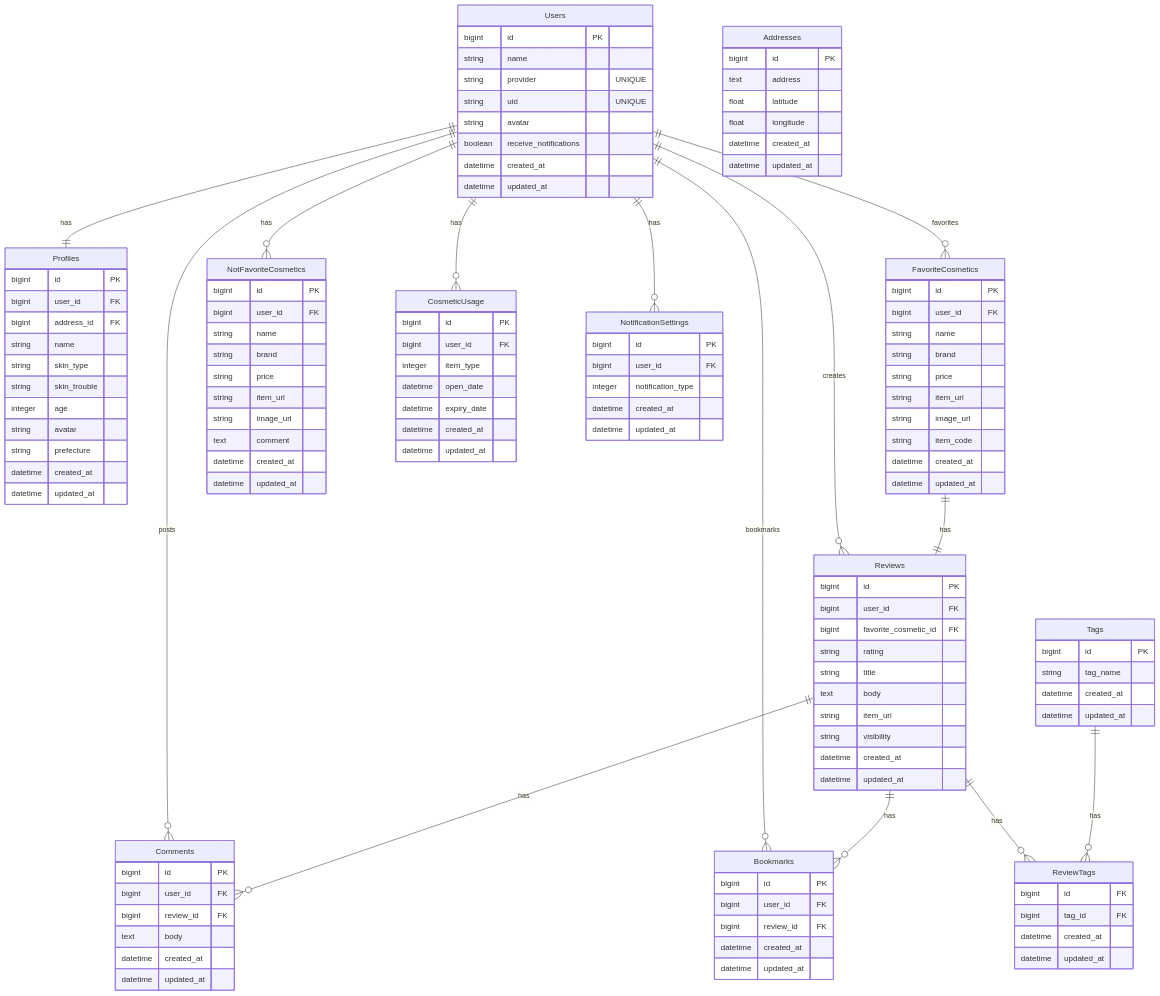
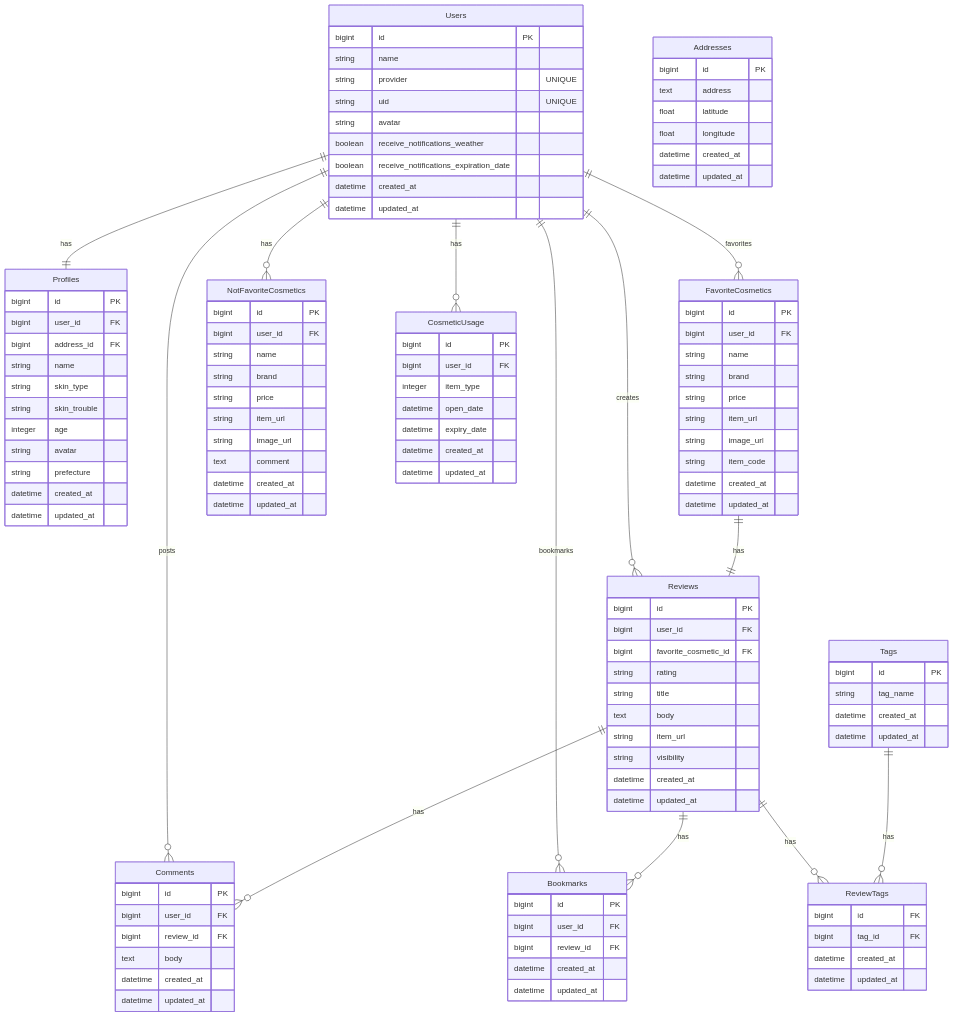
The diagram in README.md (rk0325/korecare), drawn with Mermaid before and after one commit. The commit also changed 3 other files, not shown here.

```diff
--- a/README.md
+++ b/README.md
@@ -123,7 +123,6 @@
 Users ||--o{ Reviews : creates
 Users ||--o{ Bookmarks : bookmarks
 Users ||--o{ CosmeticUsage : has
-Users ||--o{ NotificationSettings : has
 Users ||--o{ Comments : posts
 FavoriteCosmetics ||--|| Reviews : has
 Reviews ||--o{ Comments : has
@@ -137,7 +136,8 @@
   string provider "UNIQUE"
   string uid "UNIQUE"
   string avatar
-  boolean receive_notifications
+  boolean receive_notifications_weather
+  boolean receive_notifications_expiration_date
   datetime created_at
   datetime updated_at
 }
@@ -201,14 +201,6 @@
   datetime updated_at
 }
 
-NotificationSettings {
-  bigint id PK
-  bigint user_id FK
-  integer notification_type
-  datetime created_at
-  datetime updated_at
-}
-
 Reviews {
   bigint id PK
   bigint user_id FK
```
